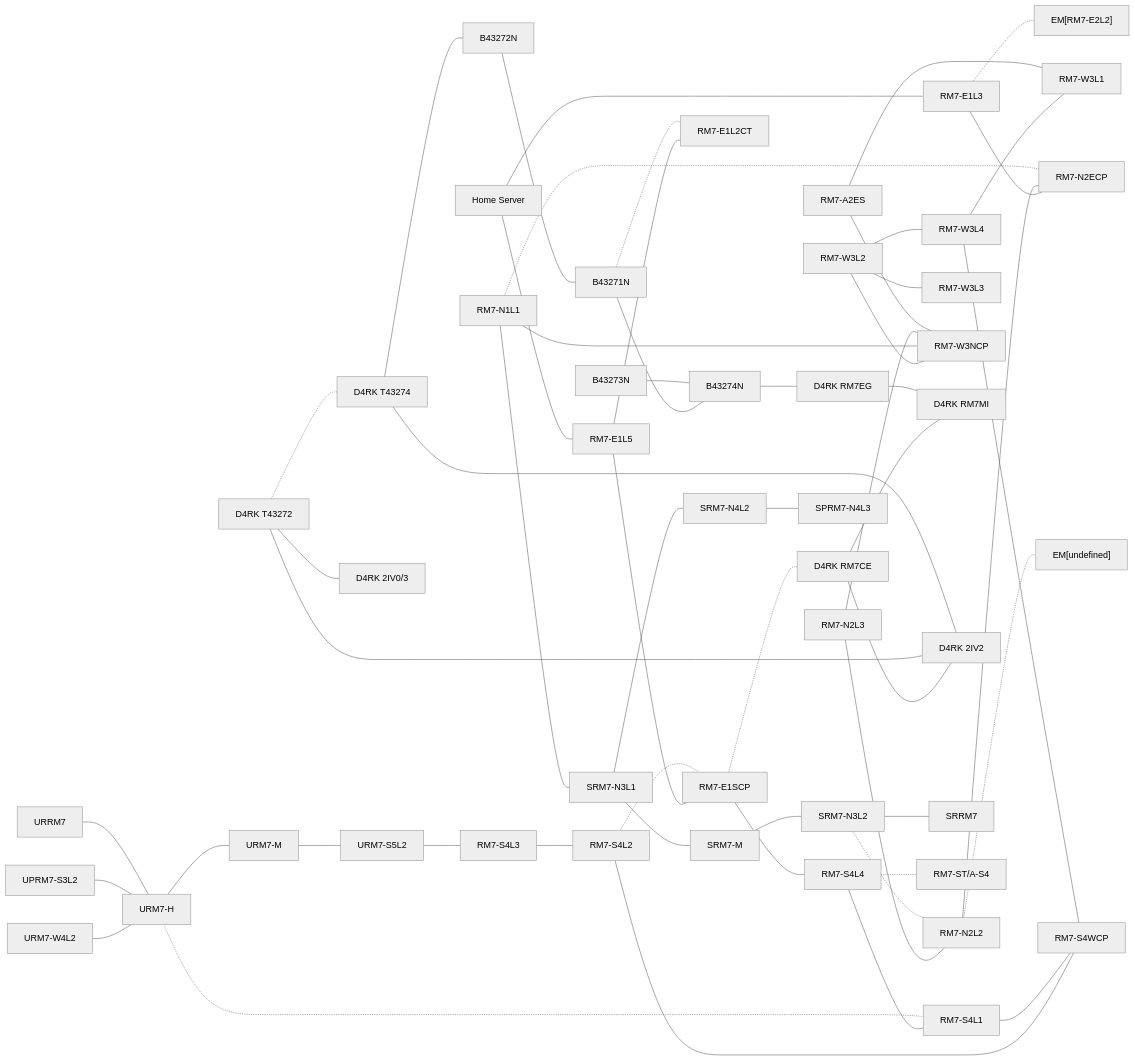
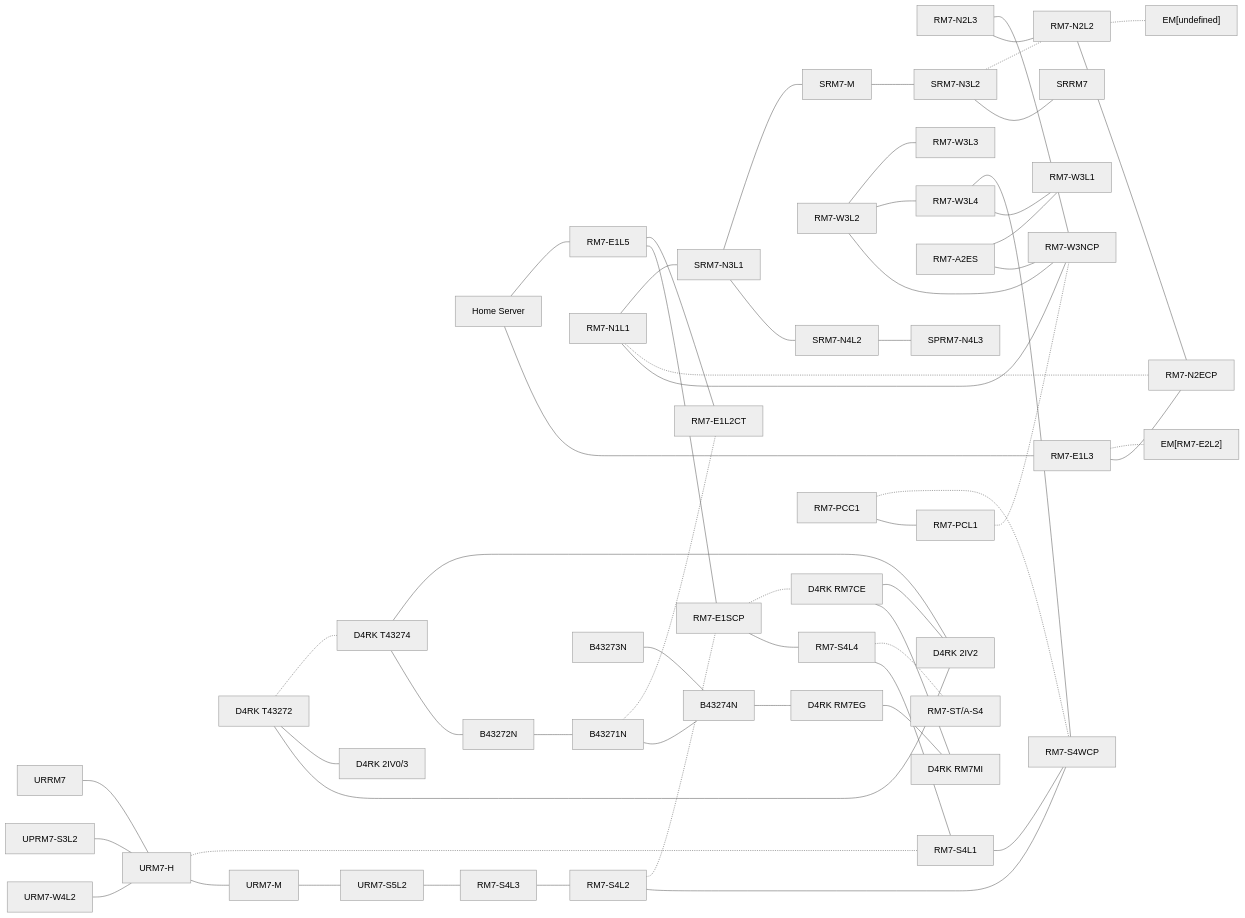
Before and after one commit to 3ncy/cor3: the diagram in Network map/README.md, drawn with Mermaid (neutral theme). The commit also changed other lines of this file and 2 other files, not shown here.

Commit message:
new servers from November quest

```diff
--- a/Network map/README.md
+++ b/Network map/README.md
@@ -44,6 +44,8 @@
 019e4052-c317-7388-9d71-96d991fb4b99["UPRM7-S3L2"]
 019e4052-c317-7388-9d71-9aadc2e7c42b["URRM7"]
 01a032e6-d846-721a-b20f-868df1d34eb0["RM7-ST/A-S4"]
+01a08ae2-eec7-7cc9-84e6-b6afcaddd3e2["RM7-PCC1"]
+01a08ae2-eec8-773b-bba4-f01a205aa5f1["RM7-PCL1"]
 019dbe42-7a63-7a11-9f4d-8a6a61d2a201["EM[RM7-E2L2]"]
 019dbe42-7a63-7a11-9f4d-8a6a61d2a202["EM[undefined]"]
 019e4052-c316-73aa-81f6-5c8693e79a31["B43273N"]
@@ -99,6 +101,9 @@
 019e4052-c317-7388-9d71-96d991fb4b99 --- 019e4052-c317-7388-9d71-8fed6faaaf99
 019e4052-c317-7388-9d71-9aadc2e7c42b --- 019e4052-c317-7388-9d71-8fed6faaaf99
 019d1b0a-13a9-77dd-b41f-3ffb5f671742 -.- 01a032e6-d846-721a-b20f-868df1d34eb0
+01a08ae2-eec7-7cc9-84e6-b6afcaddd3e2 --- 01a08ae2-eec8-773b-bba4-f01a205aa5f1
+01a08ae2-eec7-7cc9-84e6-b6afcaddd3e2 -.- 019e4052-c316-73aa-81f6-448645a38c9e
+01a08ae2-eec8-773b-bba4-f01a205aa5f1 -.- 019da6f1-16f7-75a6-b6d3-0b1d5f92a106
 019d1b0a-13a9-77dd-b41f-33f06f2df284 -.- 019dbe42-7a63-7a11-9f4d-8a6a61d2a201
 019da6f1-16f7-75a6-b6d3-0b1d5f92a101 -.- 019dbe42-7a63-7a11-9f4d-8a6a61d2a202
 019e4052-c316-73aa-81f6-5c8693e79a31 --- 019e4052-c316-73aa-81f6-60ec61b61f0a
```
